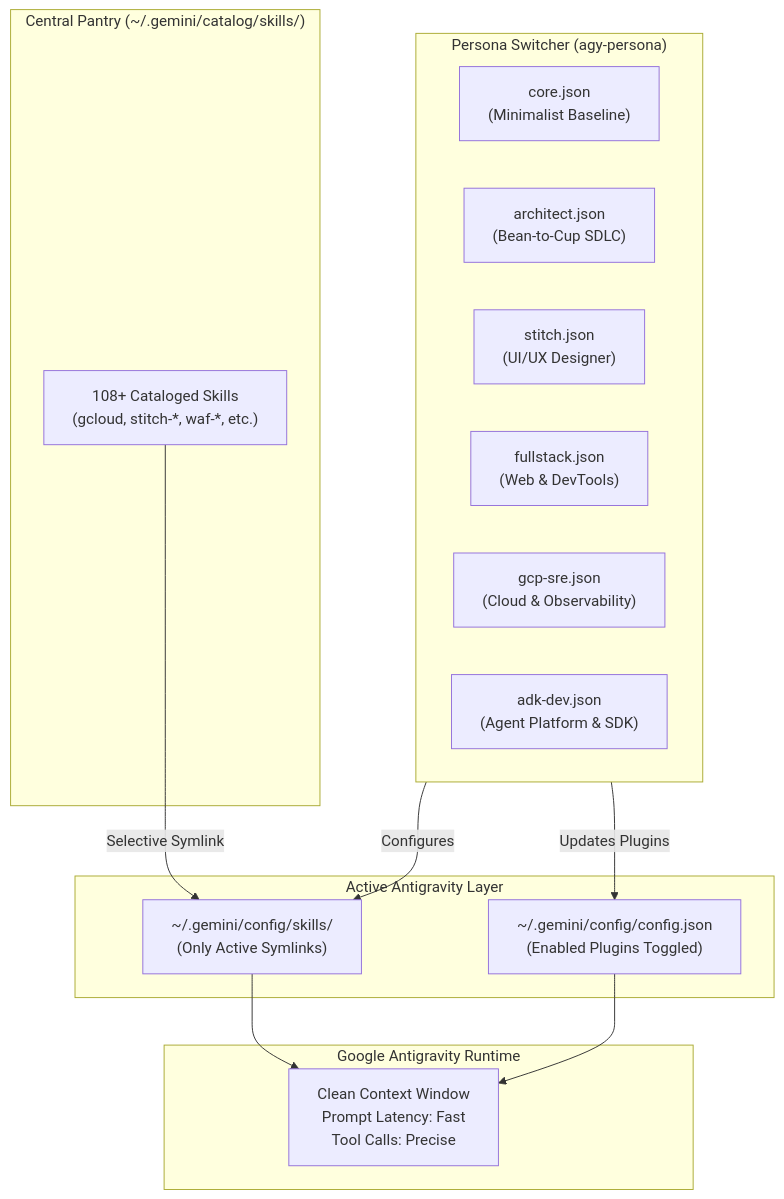
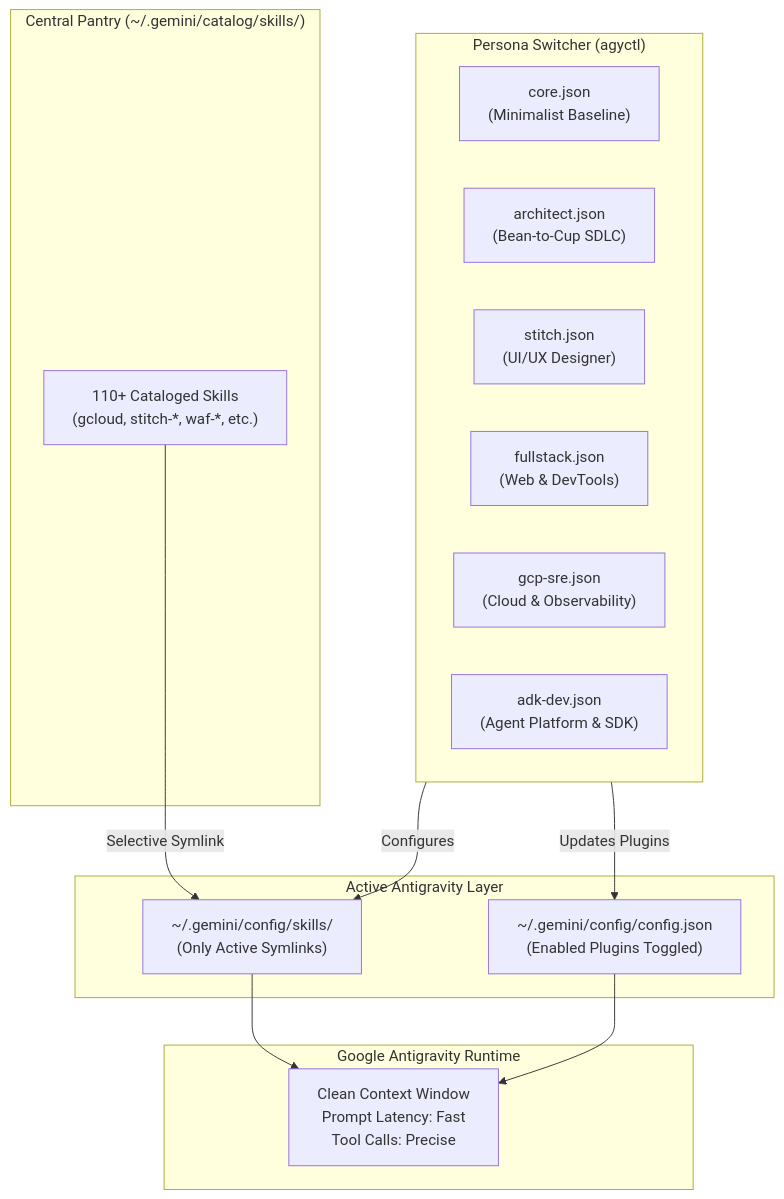
Before and after one commit to sapientcoffee/antigravity-control: the diagram in README.md, drawn with Mermaid. The commit also changed other lines of this file and 17 other files, not shown here.

````diff
--- a/README.md
+++ b/README.md
@@ -57,30 +57,30 @@
 ```mermaid
 flowchart TD
     subgraph Catalog["Central Pantry (~/.gemini/catalog/skills/)"]
-        AllSkills["108+ Cataloged Skills\n(gcloud, stitch-*, waf-*, etc.)"]
+        AllSkills["110+ Cataloged Skills\n(gcloud, stitch-*, waf-*, etc.)"]
     end
 
-    subgraph Switcher["Persona Switcher (agy-persona)"]
+    subgraph Switcher["Persona Switcher (agyctl)"]
         CorePod["core.json\n(Minimalist Baseline)"]
         ArchitectPod["architect.json\n(Bean-to-Cup SDLC)"]
         StitchPod["stitch.json\n(UI/UX Designer)"]
         FullstackPod["fullstack.json\n(Web & DevTools)"]
         SrePod["gcp-sre.json\n(Cloud & Observability)"]
         AdkPod["adk-dev.json\n(Agent Platform & SDK)"]
     end
 
     subgraph ActiveConfig["Active Antigravity Layer"]
         ActiveSkills["~/.gemini/config/skills/\n(Only Active Symlinks)"]
         ConfigJSON["~/.gemini/config/config.json\n(Enabled Plugins Toggled)"]
     end
 
     subgraph AGY["Google Antigravity Runtime"]
         Session["Clean Context Window\nPrompt Latency: Fast\nTool Calls: Precise"]
     end
 
     AllSkills -->|Selective Symlink| ActiveSkills
     Switcher -->|Configures| ActiveSkills
     Switcher -->|Updates Plugins| ConfigJSON
     ActiveSkills --> Session
     ConfigJSON --> Session
 ```
````
